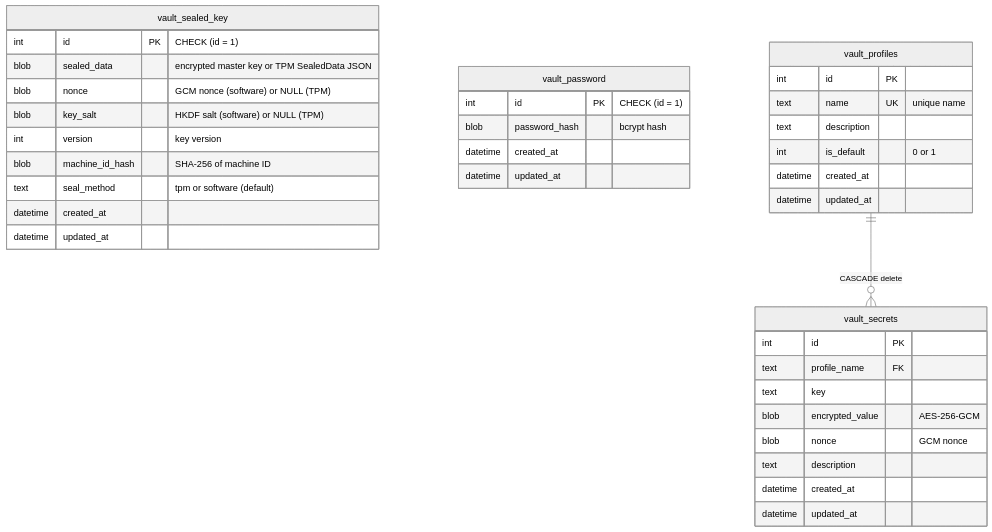
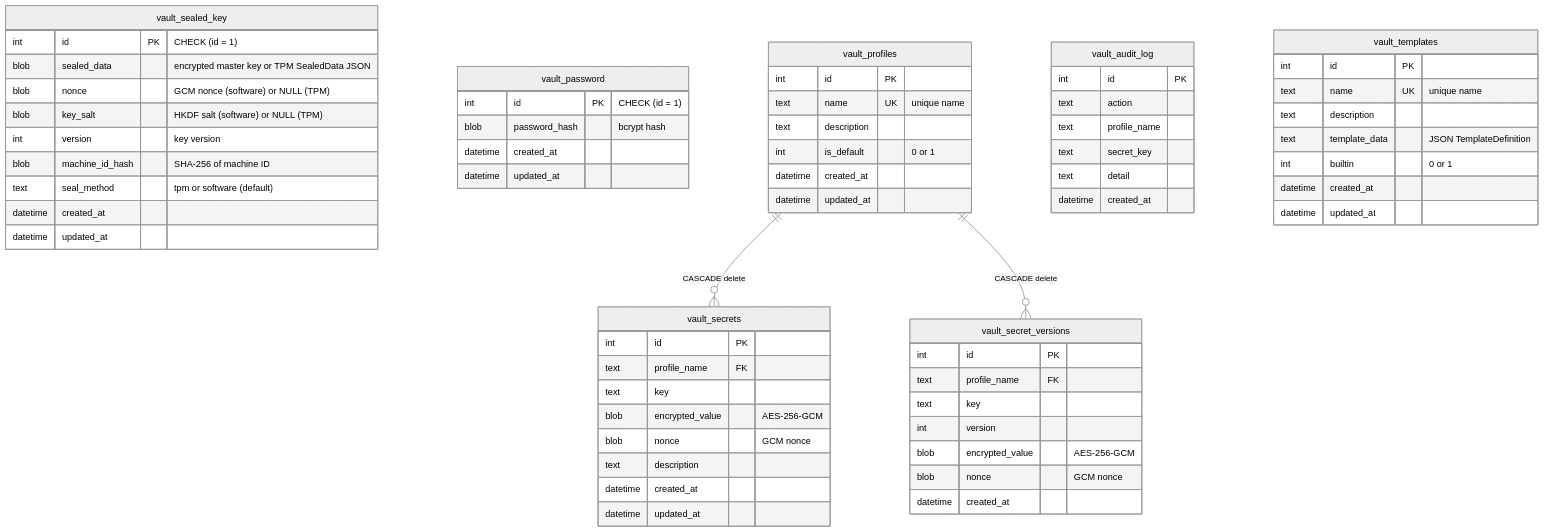
One commit to inovacc/anvil changed the fourth of 15 diagrams in docs/ARCHITECTURE.md. Above: the diagram before and after it, drawn with Mermaid (neutral theme). The commit also changed other lines of this file and 16 other files, not shown here.

````diff
--- a/docs/ARCHITECTURE.md
+++ b/docs/ARCHITECTURE.md
@@ -119,43 +132,73 @@
 ```mermaid
 erDiagram
     vault_sealed_key {
         int id PK "CHECK (id = 1)"
         blob sealed_data "encrypted master key or TPM SealedData JSON"
         blob nonce "GCM nonce (software) or NULL (TPM)"
         blob key_salt "HKDF salt (software) or NULL (TPM)"
         int version "key version"
         blob machine_id_hash "SHA-256 of machine ID"
         text seal_method "tpm or software (default)"
         datetime created_at
         datetime updated_at
     }
 
     vault_password {
         int id PK "CHECK (id = 1)"
         blob password_hash "bcrypt hash"
         datetime created_at
         datetime updated_at
     }
 
     vault_profiles {
         int id PK
         text name UK "unique name"
         text description
         int is_default "0 or 1"
         datetime created_at
         datetime updated_at
     }
 
     vault_secrets {
         int id PK
         text profile_name FK
         text key
         blob encrypted_value "AES-256-GCM"
         blob nonce "GCM nonce"
         text description
         datetime created_at
         datetime updated_at
     }
 
+    vault_secret_versions {
+        int id PK
+        text profile_name FK
+        text key
+        int version
+        blob encrypted_value "AES-256-GCM"
+        blob nonce "GCM nonce"
+        datetime created_at
+    }
+
+    vault_audit_log {
+        int id PK
+        text action
+        text profile_name
+        text secret_key
+        text detail
+        datetime created_at
+    }
+
+    vault_templates {
+        int id PK
+        text name UK "unique name"
+        text description
+        text template_data "JSON TemplateDefinition"
+        int builtin "0 or 1"
+        datetime created_at
+        datetime updated_at
+    }
+
     vault_profiles ||--o{ vault_secrets : "CASCADE delete"
+    vault_profiles ||--o{ vault_secret_versions : "CASCADE delete"
 ```
````
